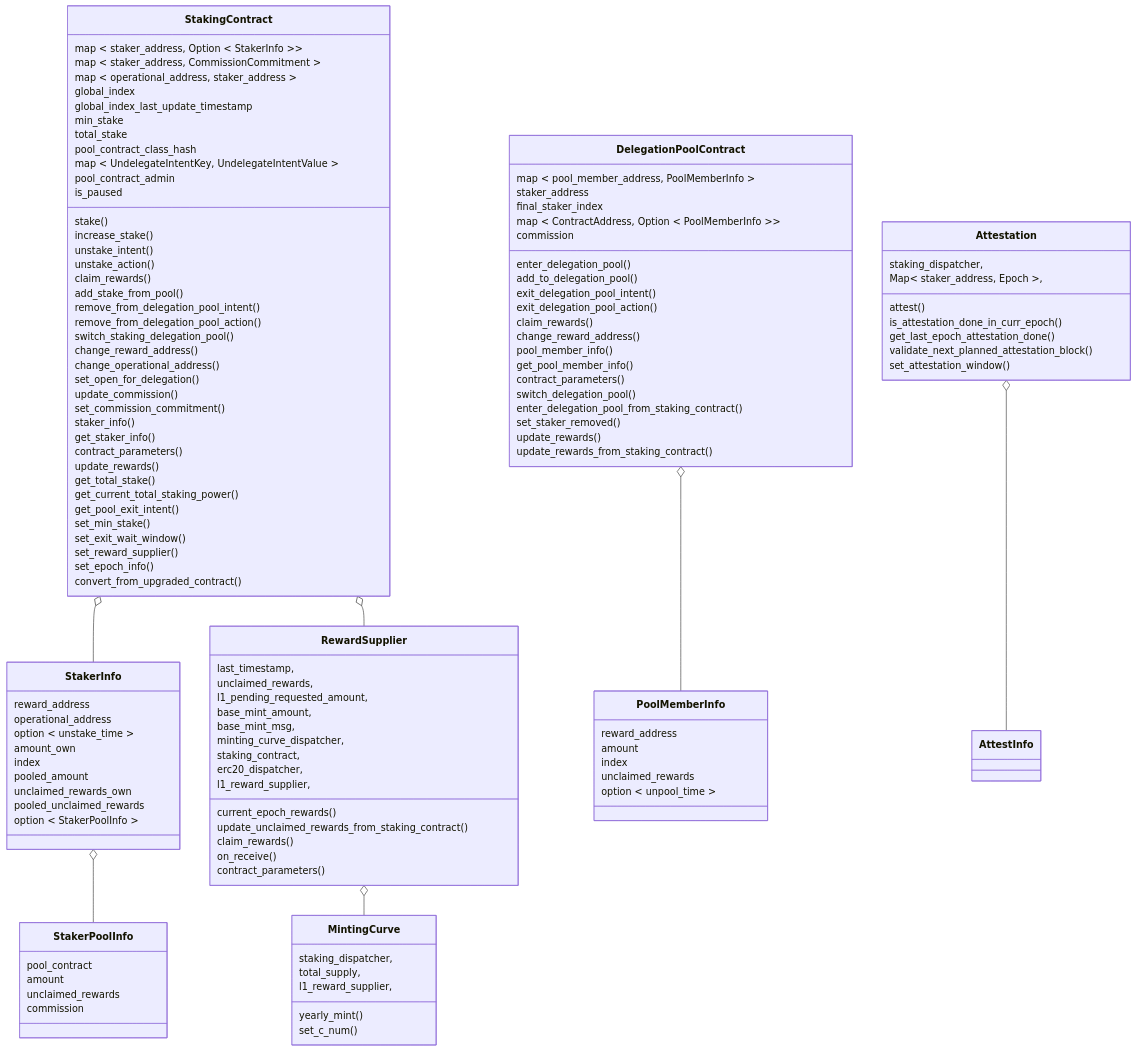
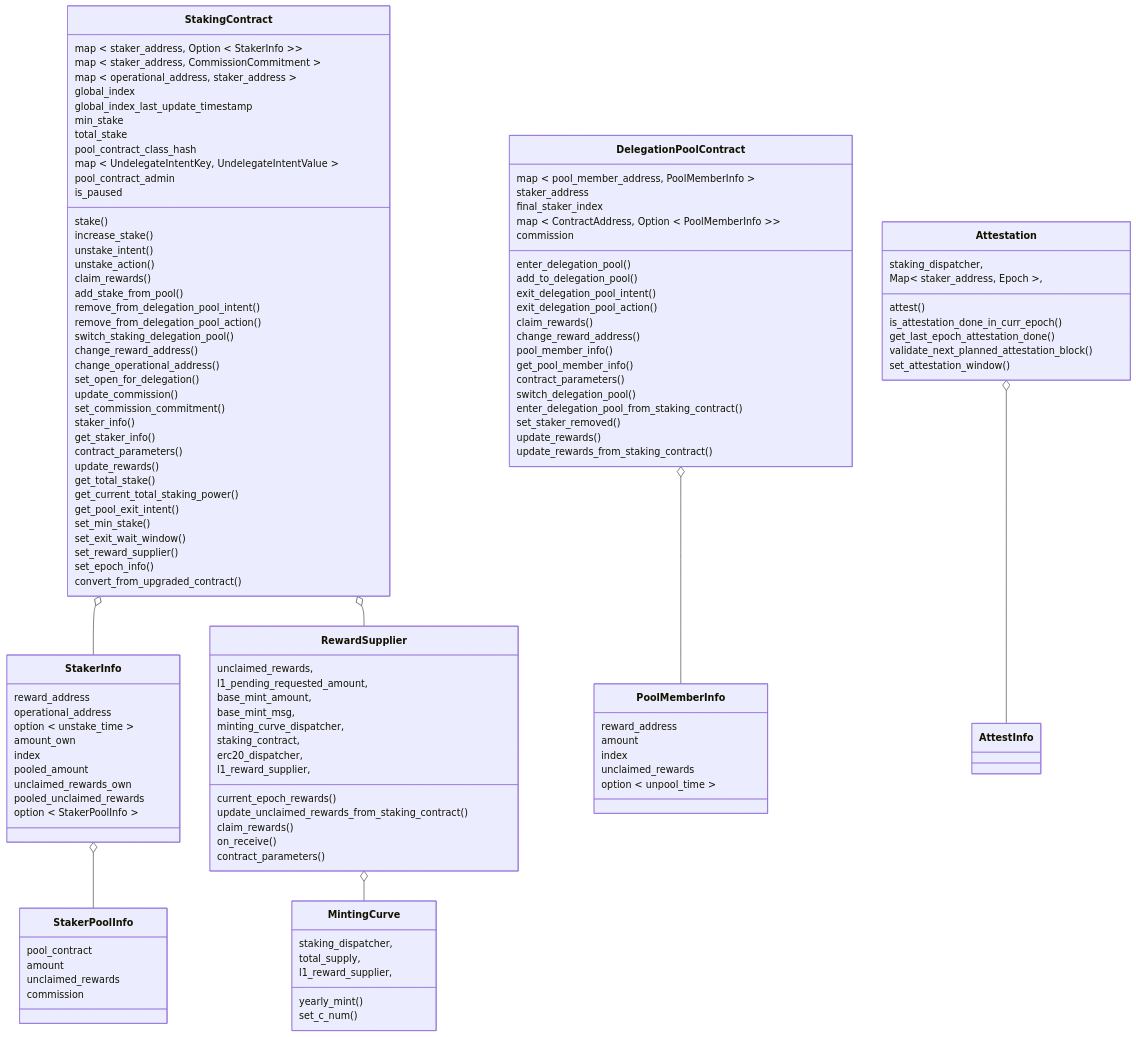
The first of 8 diagrams in workspace/apps/staking/docs/spec.md (starkware-libs/starknet-staking), drawn with Mermaid before and after one commit. The commit also changed 2 other files, not shown here.

Commit message:
fix(staking): remove deprecated last timestamp from reward supplier (#3563)

```diff
--- a/workspace/apps/staking/docs/spec.md
+++ b/workspace/apps/staking/docs/spec.md
@@ -285,7 +285,6 @@
     option < unpool_time >
   }
   class RewardSupplier {
-    last_timestamp,
     unclaimed_rewards,
     l1_pending_requested_amount,
     base_mint_amount,
```
